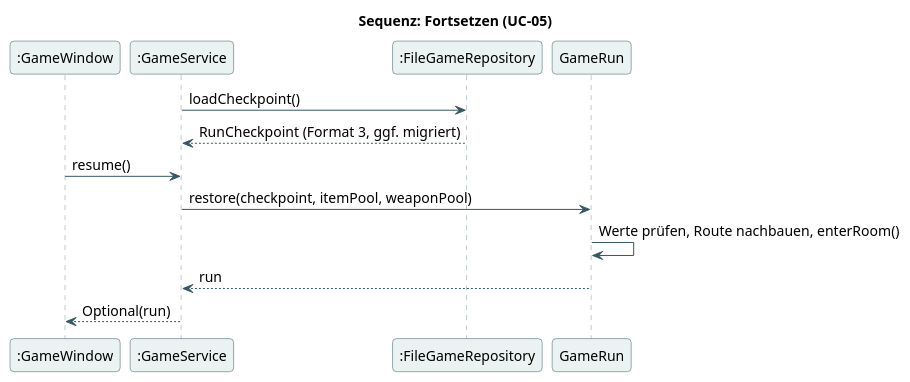
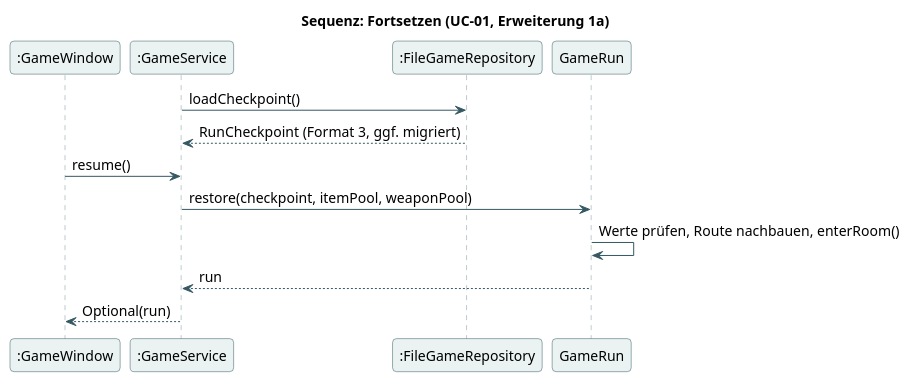
One commit to bassdav2/abyss changed the diagram in docs/diagrams/10-resume-sequence.puml. Above: the diagram before and after it, drawn with PlantUML. The commit also changed 168 other files, not shown here.

```diff
--- a/docs/diagrams/10-resume-sequence.puml
+++ b/docs/diagrams/10-resume-sequence.puml
@@ -1,33 +1,33 @@
 @startuml
 skinparam backgroundColor #FFFFFF
 skinparam defaultFontName Arial
 skinparam defaultFontSize 14
 skinparam shadowing false
 skinparam roundcorner 8
 skinparam ArrowColor #355863
 skinparam classBackgroundColor #EAF3F2
 skinparam classBorderColor #355863
 skinparam participantBackgroundColor #EAF3F2
 skinparam participantBorderColor #355863
 skinparam sequenceLifeLineBorderColor #7A979C
 skinparam noteBackgroundColor #FFF2DA
 skinparam noteBorderColor #D8AA64
 skinparam packageBackgroundColor #F5F8F7
 skinparam packageBorderColor #6E8B91
 skinparam stateBackgroundColor #EAF3F2
 skinparam stateBorderColor #355863
 hide empty members
-title Sequenz: Fortsetzen (UC-05)
+title Sequenz: Fortsetzen (UC-01, Erweiterung 1a)
 participant ":GameWindow" as W
 participant ":GameService" as S
 participant ":FileGameRepository" as F
 participant "GameRun" as R
 S -> F : loadCheckpoint()
 F --> S : RunCheckpoint (Format 3, ggf. migriert)
 W -> S : resume()
 S -> R : restore(checkpoint, itemPool, weaponPool)
 R -> R : Werte prüfen, Route nachbauen, enterRoom()
 R --> S : run
 S --> W : Optional(run)
 
 @enduml
```
